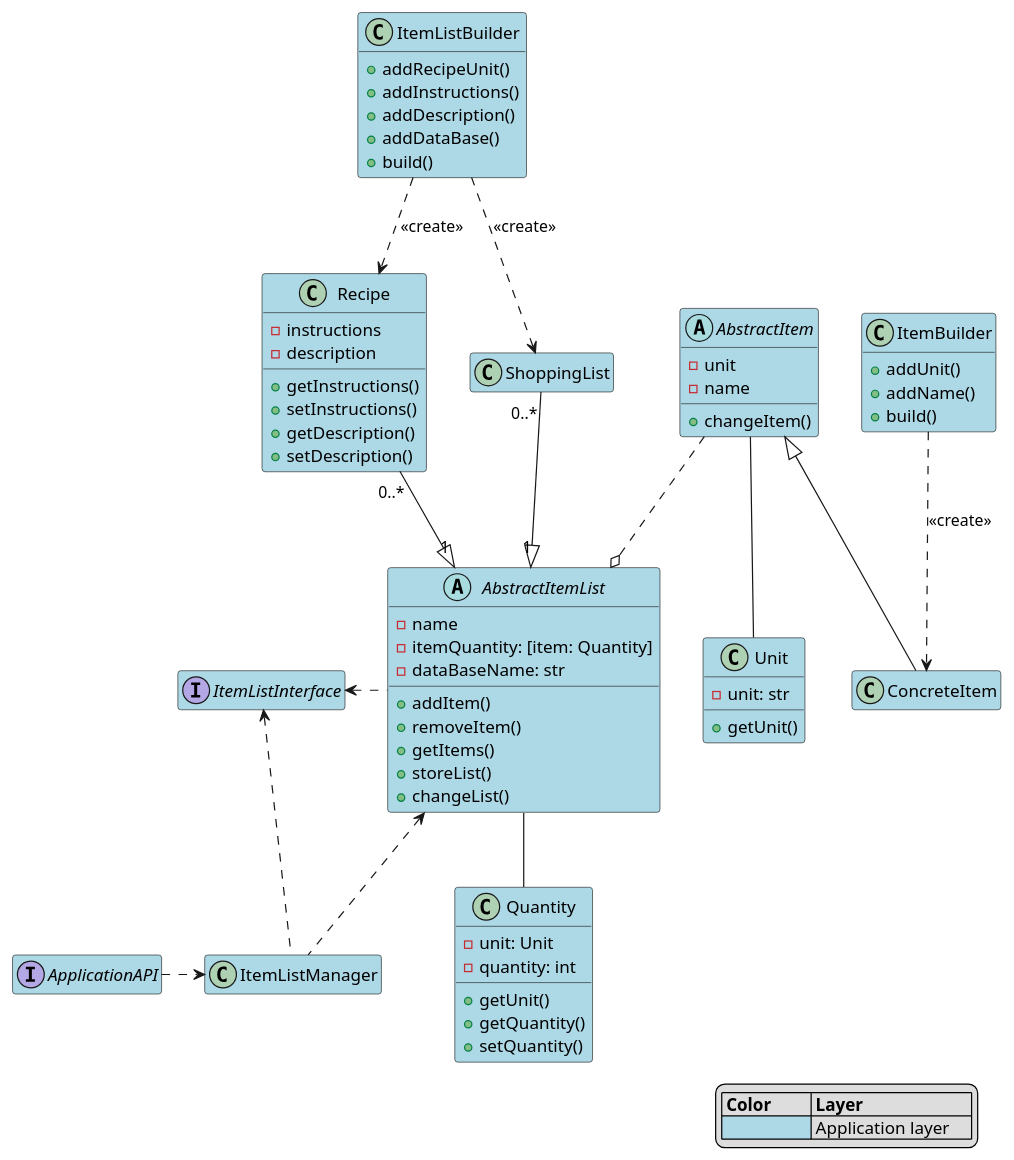
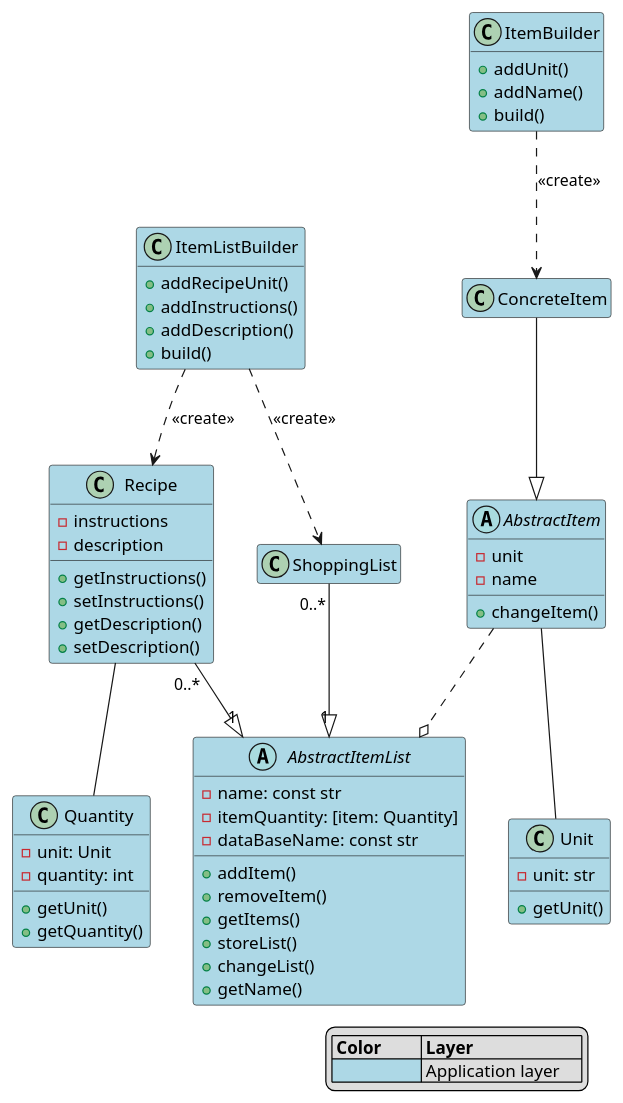
Before and after one commit to Uhgtred/Recipe_Shopping_List: the diagram in Architecture/ClassViewApplication.puml, drawn with PlantUML. The commit also changed 7 other files, not shown here.

Commit message:
Slight refactoring of the architecture and adding BlackboxViewRepository.puml and SequenceViewApplication.puml

```diff
--- a/Architecture/ClassViewApplication.puml
+++ b/Architecture/ClassViewApplication.puml
@@ -1,86 +1,75 @@
 @startuml
 hide empty members
 
 
-interface ItemListInterface #lightblue
 
 class ItemListBuilder #lightblue{
     + addRecipeUnit()
     + addInstructions()
     + addDescription()
-    + addDataBase()
     + build()
 }
 ItemListBuilder ..> Recipe: <<create>>
 ItemListBuilder ..> ShoppingList: <<create>>
 
 class ItemBuilder #lightblue{
    + addUnit()
    + addName()
    + build()
 }
 ItemBuilder ..> ConcreteItem: <<create>>
 
 abstract class AbstractItem #lightblue{
    - unit
    - name
    + changeItem()
 }
 AbstractItem ..o AbstractItemList
 AbstractItem -- Unit
 
-class ItemListManager #lightblue
-ItemListManager .u.> AbstractItemList
-ItemListManager .u.> ItemListInterface
-
-interface ApplicationAPI #lightblue
-ApplicationAPI .r.> ItemListManager
-
 class ShoppingList #lightblue
 ShoppingList "0..*" --|> "1" AbstractItemList
 
 class Recipe #lightblue {
     - instructions
     - description
     + getInstructions()
     + setInstructions()
     + getDescription()
     + setDescription()
 }
 Recipe "0..*" --|> "1" AbstractItemList
+Recipe -- Quantity
 
 abstract class AbstractItemList #lightblue{
-   - name
+   - name: const str
    - itemQuantity: [item: Quantity]
-   - dataBaseName: str
+   - dataBaseName: const str
    + addItem()
    + removeItem()
    + getItems()
    + storeList()
    + changeList()
+   + getName()
 }
-AbstractItemList .l.> ItemListInterface
-AbstractItemList -- Quantity
 
 class ConcreteItem #lightblue
-'NonFoodItem "0..*"--o "1..*" ShoppingList
-ConcreteItem -u-|> AbstractItem
+ConcreteItem --|> AbstractItem
 
 class Quantity #lightblue{
     - unit: Unit
     - quantity: int
     + getUnit()
     + getQuantity()
-    + setQuantity()
 }
 
 class Unit #lightblue{
     - unit: str
     + getUnit()
 }
 
 legend bottom right
 | **Color**         | **Layer**             |
 | <#lightblue>      | Application layer     |
 end legend
 @enduml
```
